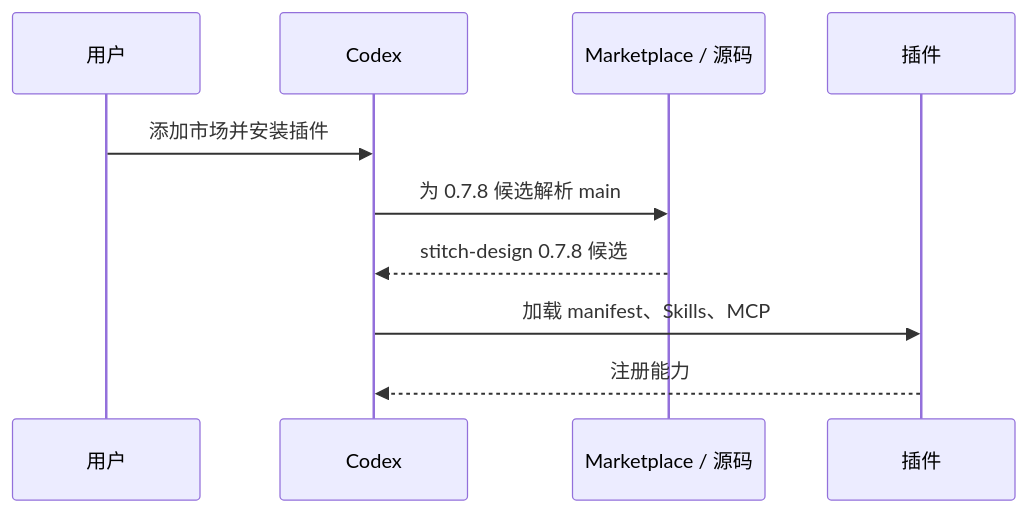
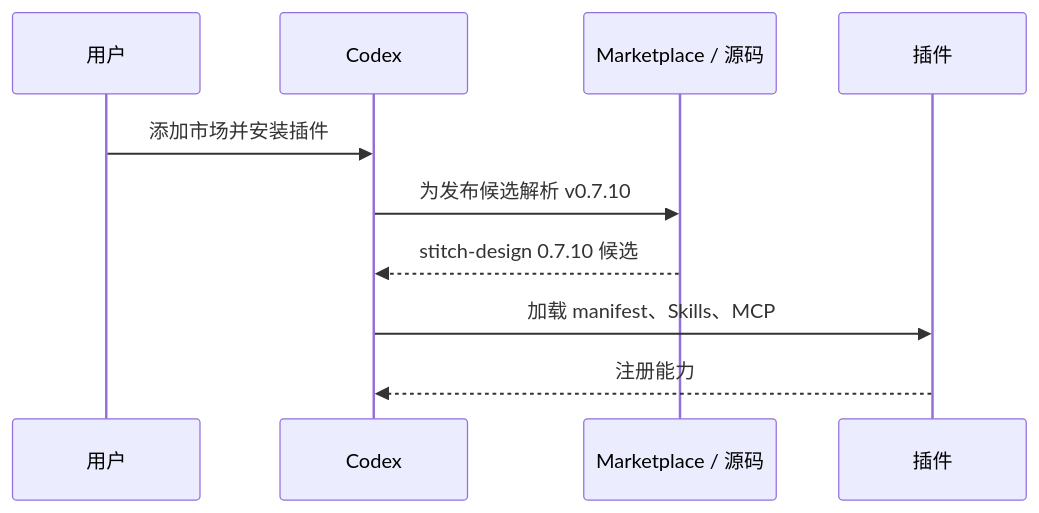
One commit to full-stack-plugins/stitch-design-plugin changed the seventh of 11 diagrams in docs/Stitch-Design-Architecture.zh_CN.md. Above: the diagram before and after it, drawn with Mermaid. The commit also changed other lines of this file and 34 other files, not shown here.

````diff
--- a/docs/Stitch-Design-Architecture.zh_CN.md
+++ b/docs/Stitch-Design-Architecture.zh_CN.md
@@ -173,12 +173,12 @@
 ```mermaid
 sequenceDiagram
     participant U as 用户
     participant C as Codex
     participant M as Marketplace / 源码
     participant P as 插件
     U->>C: 添加市场并安装插件
-    C->>M: 为 0.7.8 候选解析 main
-    M-->>C: stitch-design 0.7.8 候选
+    C->>M: 为发布候选解析 v0.7.10
+    M-->>C: stitch-design 0.7.10 候选
     C->>P: 加载 manifest、Skills、MCP
     P-->>C: 注册能力
 ```
````
